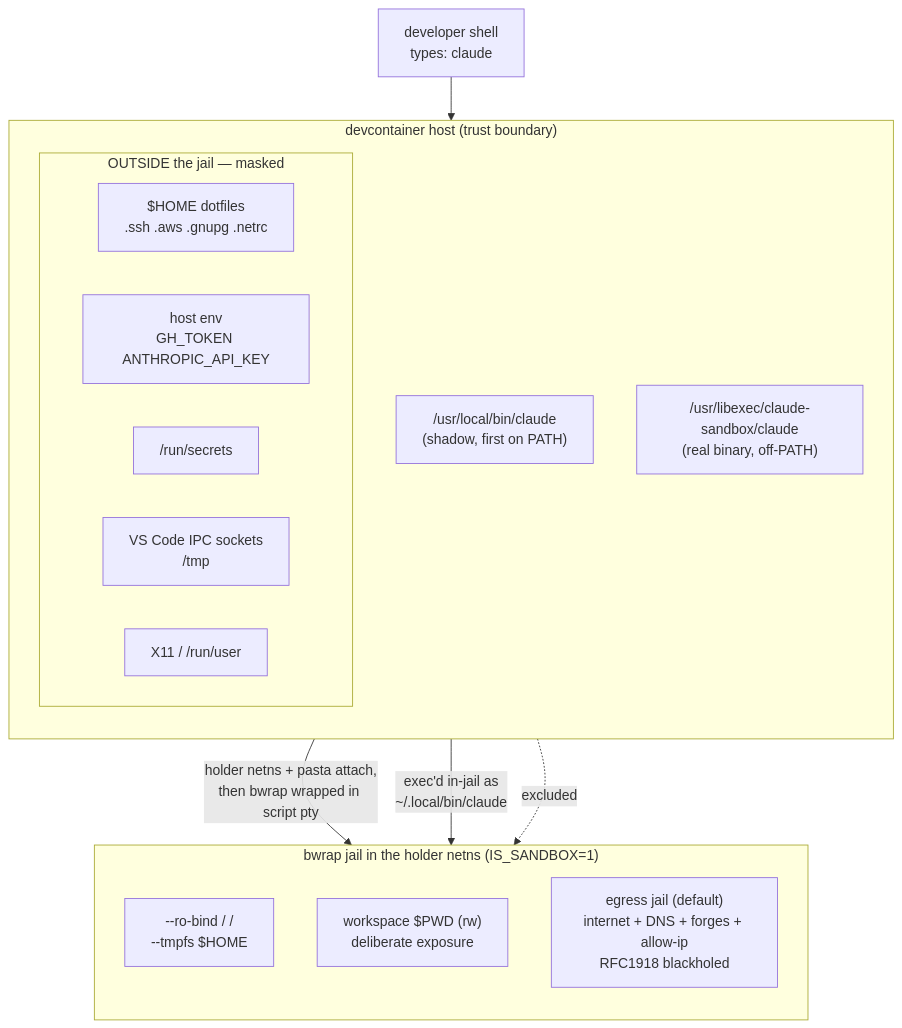
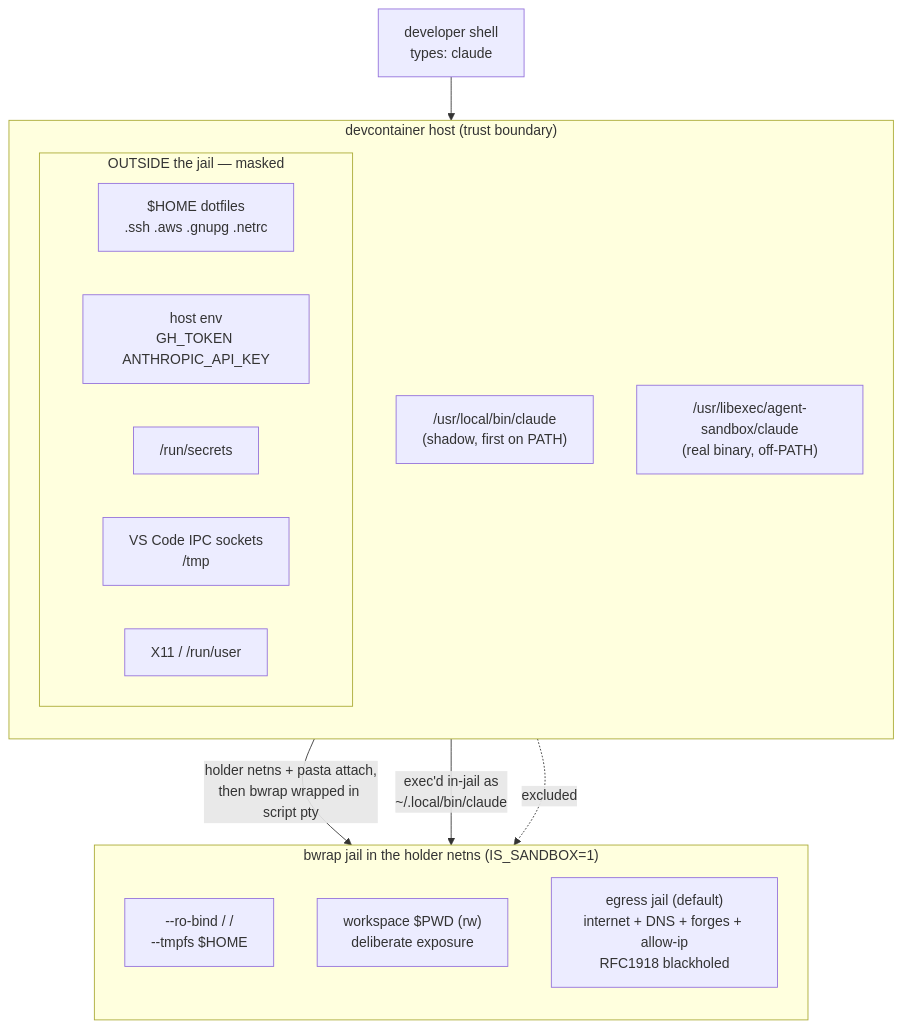
One commit to DiamondLightSource/claude-sandbox changed the first of 5 diagrams in docs/explanations/architecture.md. Above: the diagram before and after it, drawn with Mermaid. The commit also changed other lines of this file and 85 other files, not shown here.

````diff
--- a/docs/explanations/architecture.md
+++ b/docs/explanations/architecture.md
@@ -62,29 +66,29 @@
 ```{mermaid}
 graph TB
     user["developer shell<br/>types: claude"]
 
     subgraph host["devcontainer host (trust boundary)"]
         direction TB
         subgraph creds["OUTSIDE the jail — masked"]
             dotfiles["$HOME dotfiles<br/>.ssh .aws .gnupg .netrc"]
             hostenv["host env<br/>GH_TOKEN ANTHROPIC_API_KEY"]
             secrets["/run/secrets"]
             ipc["VS Code IPC sockets<br/>/tmp"]
             x11["X11 / /run/user"]
         end
         shadow["/usr/local/bin/claude<br/>(shadow, first on PATH)"]
-        real["/usr/libexec/claude-sandbox/claude<br/>(real binary, off-PATH)"]
+        real["/usr/libexec/agent-sandbox/claude<br/>(real binary, off-PATH)"]
     end
 
     subgraph jail["bwrap jail in the holder netns (IS_SANDBOX=1)"]
         direction TB
         ro["--ro-bind / /<br/>--tmpfs $HOME"]
         ws["workspace $PWD (rw)<br/>deliberate exposure"]
         net["egress jail (default)<br/>internet + DNS + forges + allow-ip<br/>RFC1918 blackholed"]
     end
 
     user --> shadow
     shadow -->|holder netns + pasta attach,<br/>then bwrap wrapped in script pty| jail
     real -->|exec'd in-jail as<br/>~/.local/bin/claude| jail
     creds -.->|excluded| jail
 ```
````
